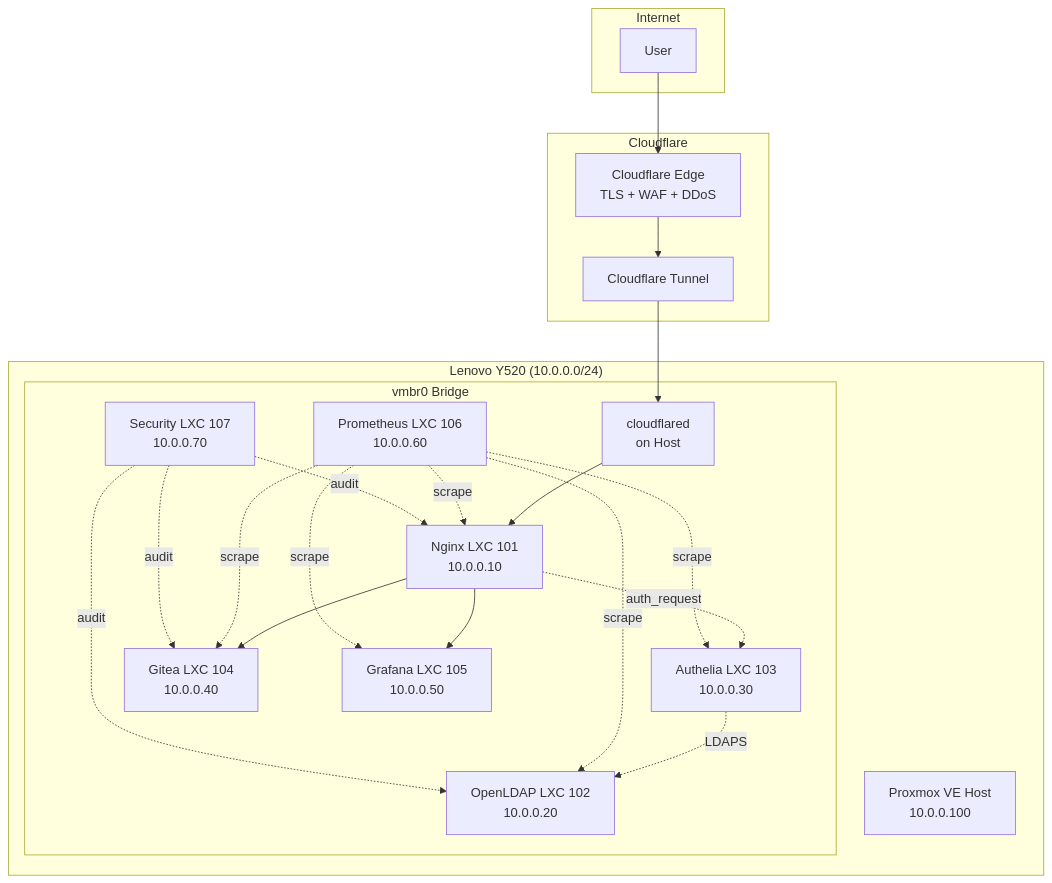
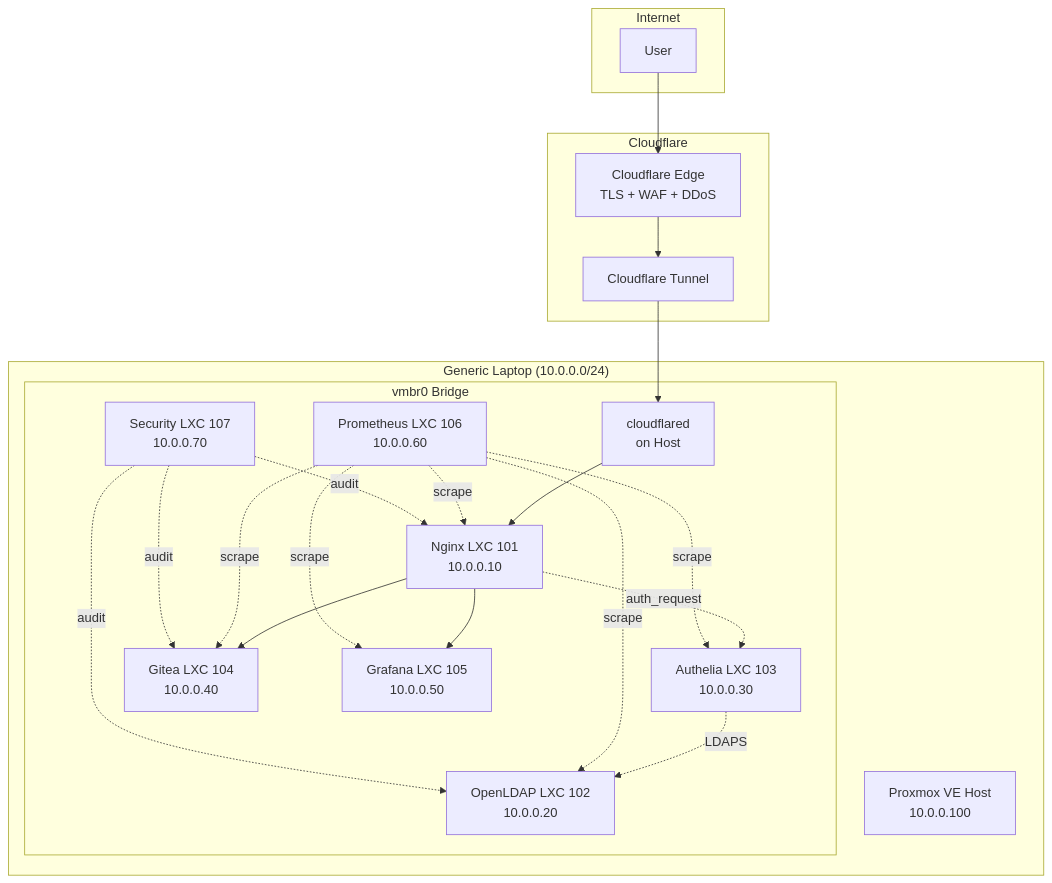
The diagram in docs/01-architecture/overview.md (dmaljkovic/proxmox-homelab), drawn with Mermaid before and after one commit. The commit also changed 10 other files, not shown here.

````diff
--- a/docs/01-architecture/overview.md
+++ b/docs/01-architecture/overview.md
@@ -16,43 +16,43 @@
 ```mermaid
 graph TB
     subgraph Internet
         User[User]
     end
     
     subgraph Cloudflare
         Edge[Cloudflare Edge<br/>TLS + WAF + DDoS]
         Tunnel[Cloudflare Tunnel]
     end
     
-    subgraph "Lenovo Y520 (10.0.0.0/24)"
+    subgraph "Generic Laptop (10.0.0.0/24)"
         Host[Proxmox VE Host<br/>10.0.0.100]
         
         subgraph "vmbr0 Bridge"
             CF[cloudflared<br/>on Host]
             Nginx[Nginx LXC 101<br/>10.0.0.10]
             LDAP[OpenLDAP LXC 102<br/>10.0.0.20]
             Authelia[Authelia LXC 103<br/>10.0.0.30]
             Gitea[Gitea LXC 104<br/>10.0.0.40]
             Grafana[Grafana LXC 105<br/>10.0.0.50]
             Prom[Prometheus LXC 106<br/>10.0.0.60]
             Sec[Security LXC 107<br/>10.0.0.70]
         end
     end
     
     User --> Edge
     Edge --> Tunnel
     Tunnel --> CF
     CF --> Nginx
     Nginx -.->|auth_request| Authelia
     Authelia -.->|LDAPS| LDAP
     Nginx --> Gitea
     Nginx --> Grafana
     Prom -.->|scrape| Nginx
     Prom -.->|scrape| Gitea
     Prom -.->|scrape| Grafana
     Prom -.->|scrape| Authelia
     Prom -.->|scrape| LDAP
     Sec -.->|audit| Nginx
     Sec -.->|audit| LDAP
     Sec -.->|audit| Gitea
 ```
````
